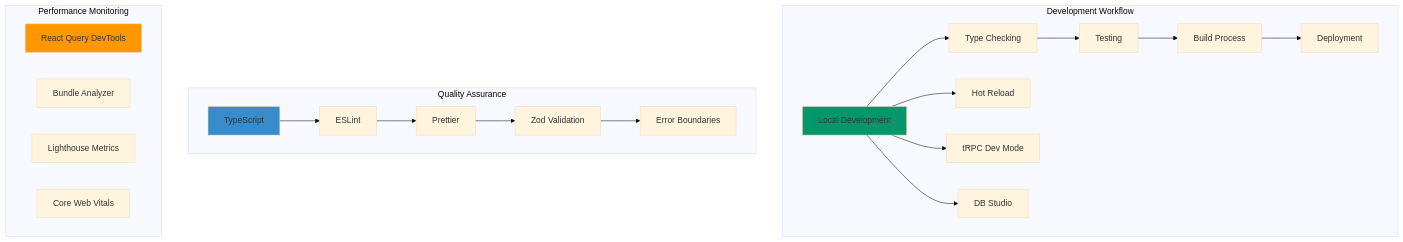
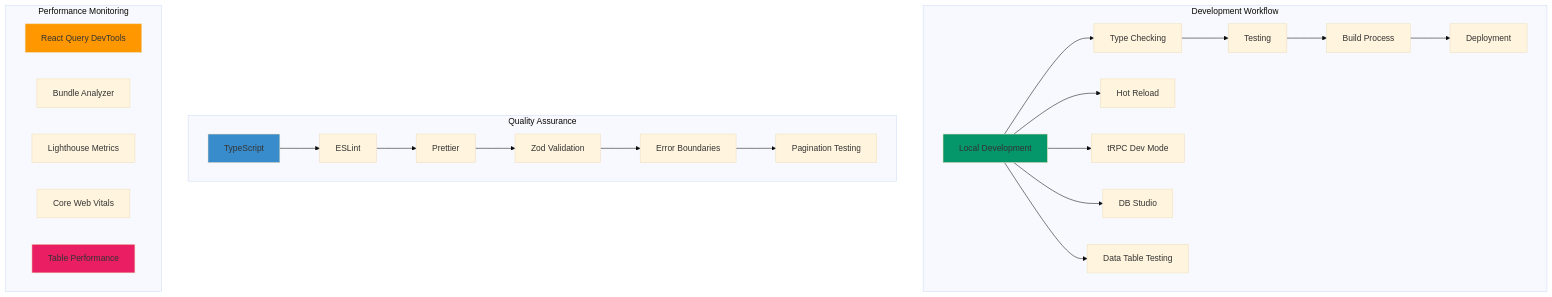
Before and after one commit to felipesanchez-dev/agentesia: diagram 12 of 14 in README.md, drawn with Mermaid (base theme). The commit also changed other lines of this file, not shown here.

Commit message:
docs: Update README.md with enhanced features, architecture diagrams, and improved documentation

````diff
--- a/README.md
+++ b/README.md
@@ -938,31 +1107,35 @@
 ```mermaid
 graph TB
     subgraph "Development Workflow"
         A[Local Development] --> B[Type Checking]
         B --> C[Testing]
         C --> D[Build Process]
         D --> E[Deployment]
-        
+
         A --> F[Hot Reload]
         A --> G[tRPC Dev Mode]
         A --> H[DB Studio]
+        A --> I[Data Table Testing]
     end
-    
+
     subgraph "Quality Assurance"
-        I[TypeScript] --> J[ESLint]
-        J --> K[Prettier]
-        K --> L[Zod Validation]
-        L --> M[Error Boundaries]
+        J[TypeScript] --> K[ESLint]
+        K --> L[Prettier]
+        L --> M[Zod Validation]
+        M --> N[Error Boundaries]
+        N --> O[Pagination Testing]
     end
-    
+
     subgraph "Performance Monitoring"
-        N[React Query DevTools]
-        O[Bundle Analyzer]
-        P[Lighthouse Metrics]
-        Q[Core Web Vitals]
+        P[React Query DevTools]
+        Q[Bundle Analyzer]
+        R[Lighthouse Metrics]
+        S[Core Web Vitals]
+        T[Table Performance]
     end
-    
+
     style A fill:#059669
-    style I fill:#398CCB
-    style N fill:#ff9800
+    style J fill:#398CCB
+    style P fill:#ff9800
+    style T fill:#e91e63
 ```
````
